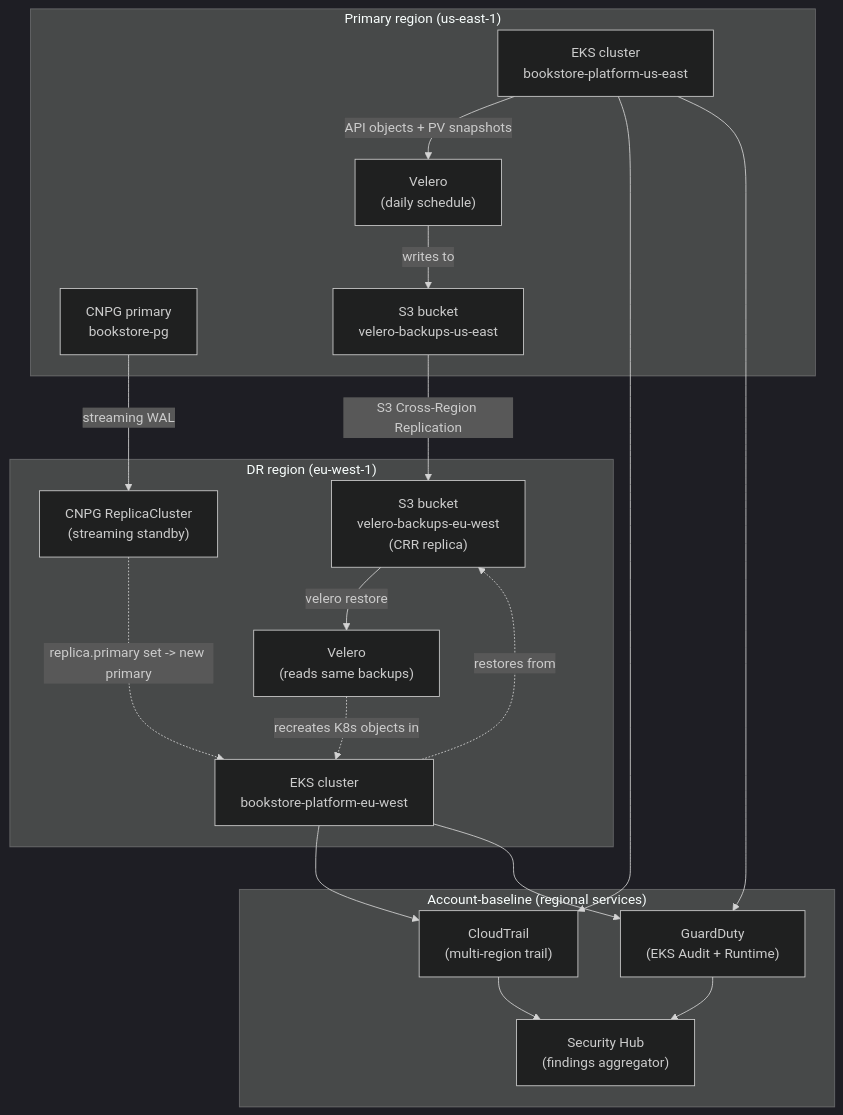
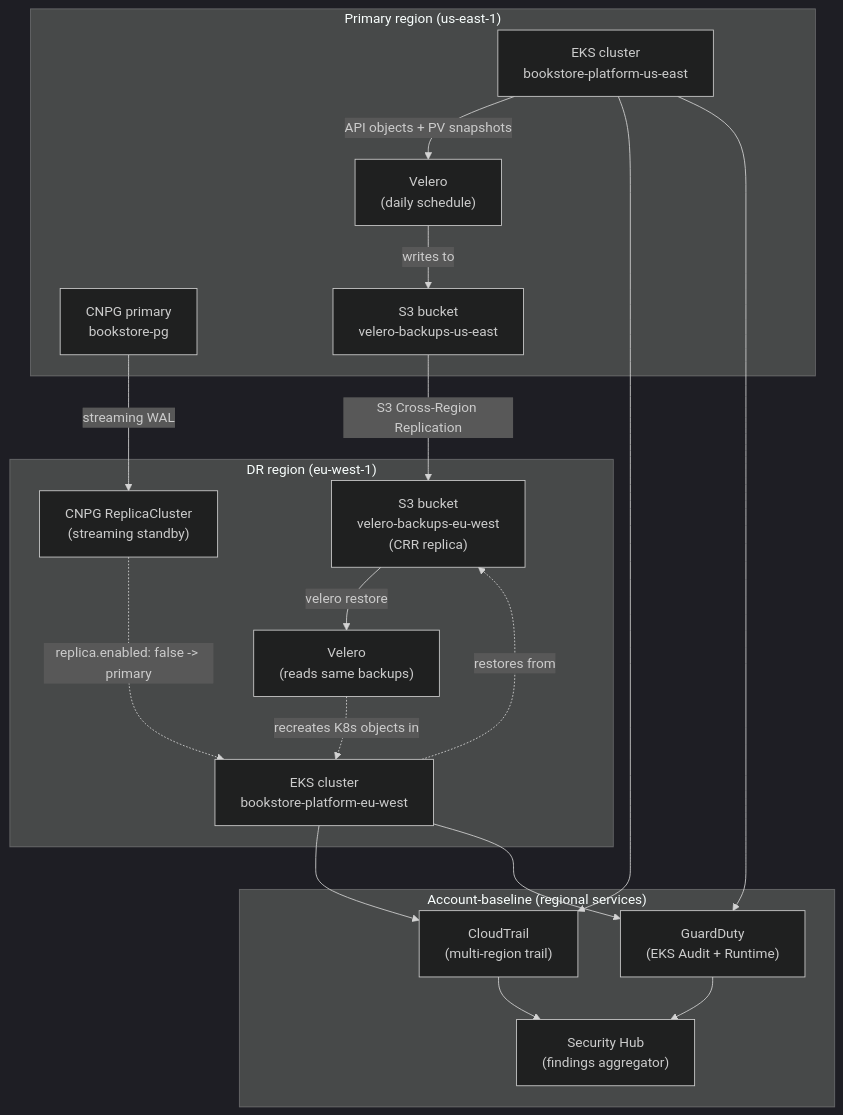
Before and after one commit to abd-ulbasit/bookstore-kubernetes-guide: the diagram in full-guide/14-eks-in-production-a-to-z/17-cross-region-dr-account-baseline-90-day-runbook.md, drawn with Mermaid (dark theme). The commit also changed other lines of this file, not shown here.

````diff
--- a/full-guide/14-eks-in-production-a-to-z/17-cross-region-dr-account-baseline-90-day-runbook.md
+++ b/full-guide/14-eks-in-production-a-to-z/17-cross-region-dr-account-baseline-90-day-runbook.md
@@ -228,36 +250,36 @@
 ```mermaid
 flowchart TB
     subgraph primary["Primary region (us-east-1)"]
         cluster_a["EKS cluster<br/>bookstore-platform-us-east"]
         cnpg_a["CNPG primary<br/>bookstore-pg"]
         velero_a["Velero<br/>(daily schedule)"]
         s3_a["S3 bucket<br/>velero-backups-us-east"]
     end
     subgraph dr["DR region (eu-west-1)"]
         cluster_b["EKS cluster<br/>bookstore-platform-eu-west"]
         cnpg_b["CNPG ReplicaCluster<br/>(streaming standby)"]
         velero_b["Velero<br/>(reads same backups)"]
         s3_b["S3 bucket<br/>velero-backups-eu-west<br/>(CRR replica)"]
     end
     subgraph control["Account-baseline (regional services)"]
         ct["CloudTrail<br/>(multi-region trail)"]
         gd["GuardDuty<br/>(EKS Audit + Runtime)"]
         hub["Security Hub<br/>(findings aggregator)"]
     end
 
     cluster_a -->|"API objects + PV snapshots"| velero_a
     velero_a -->|"writes to"| s3_a
     s3_a -->|"S3 Cross-Region Replication"| s3_b
     cnpg_a -->|"streaming WAL"| cnpg_b
     cluster_b -.->|"restores from"| s3_b
     s3_b -->|"velero restore"| velero_b
     velero_b -.->|"recreates K8s objects in"| cluster_b
-    cnpg_b -.->|"replica.primary set -> new primary"| cluster_b
+    cnpg_b -.->|"replica.enabled: false -> primary"| cluster_b
 
     cluster_a --> ct
     cluster_b --> ct
     cluster_a --> gd
     cluster_b --> gd
     gd --> hub
     ct --> hub
 ```
````
